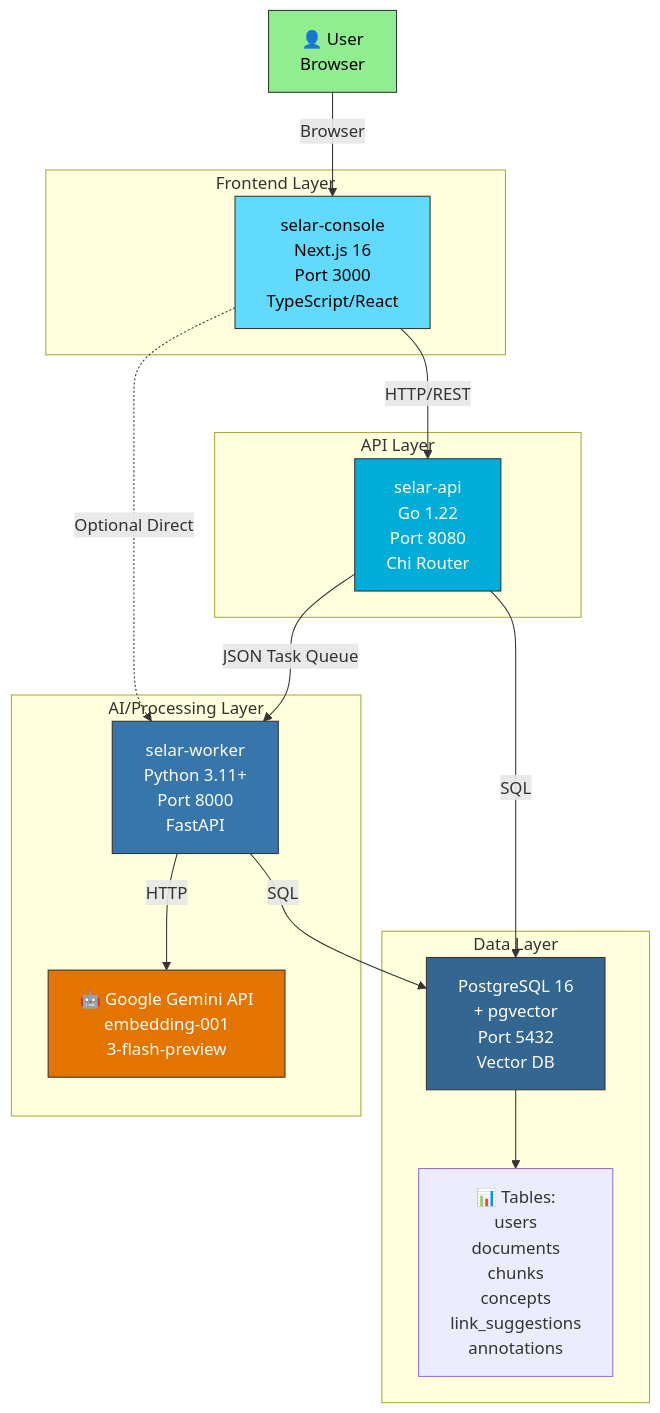
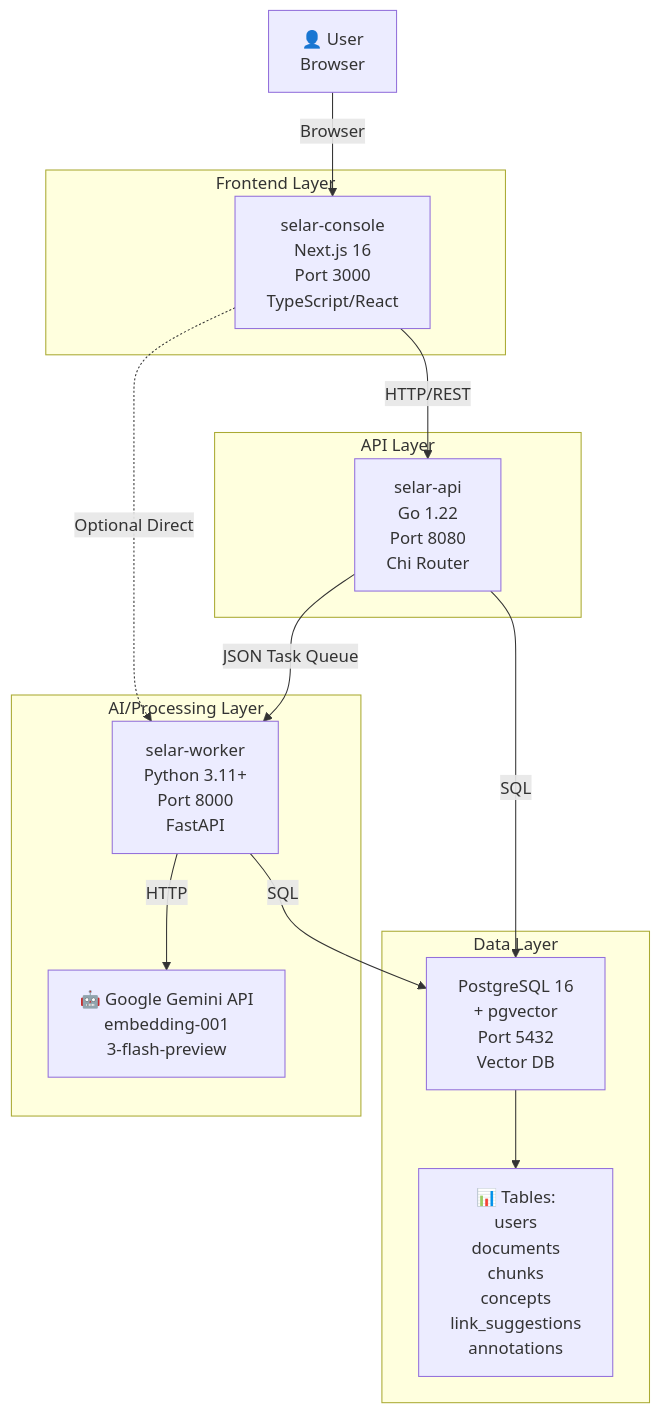
Before and after one commit to kaviru2/selar-dev: the first of 3 diagrams in ARCHITECTURE.md, drawn with Mermaid. The commit also changed other lines of this file, not shown here.

Commit message:
refactor: remove colors from ARCHITECTURE.md diagrams - pure black and white

````diff
--- a/ARCHITECTURE.md
+++ b/ARCHITECTURE.md
@@ -5,40 +5,33 @@
 ```mermaid
 graph TB
     User["👤 User<br/>Browser"]
     
     subgraph "Frontend Layer"
         Console["selar-console<br/>Next.js 16<br/>Port 3000<br/>TypeScript/React"]
     end
     
     subgraph "API Layer"
         API["selar-api<br/>Go 1.22<br/>Port 8080<br/>Chi Router"]
     end
     
     subgraph "Data Layer"
         PG["PostgreSQL 16<br/>+ pgvector<br/>Port 5432<br/>Vector DB"]
         Tables["📊 Tables:<br/>users<br/>documents<br/>chunks<br/>concepts<br/>link_suggestions<br/>annotations"]
     end
     
     subgraph "AI/Processing Layer"
         Worker["selar-worker<br/>Python 3.11+<br/>Port 8000<br/>FastAPI"]
         Gemini["🤖 Google Gemini API<br/>embedding-001<br/>3-flash-preview"]
     end
     
     User -->|Browser| Console
     Console -->|HTTP/REST| API
     API -->|SQL| PG
     PG --> Tables
     
     API -->|JSON Task Queue| Worker
     Worker -->|HTTP| Gemini
     Worker -->|SQL| PG
     
     Console -.->|Optional Direct| Worker
-    
-    style Console fill:#61dafb,stroke:#333,color:#000
-    style API fill:#00add8,stroke:#333,color:#fff
-    style PG fill:#336791,stroke:#333,color:#fff
-    style Worker fill:#3776ab,stroke:#333,color:#fff
-    style Gemini fill:#e37400,stroke:#333,color:#fff
-    style User fill:#90ee90,stroke:#333,color:#000
 ```
````
